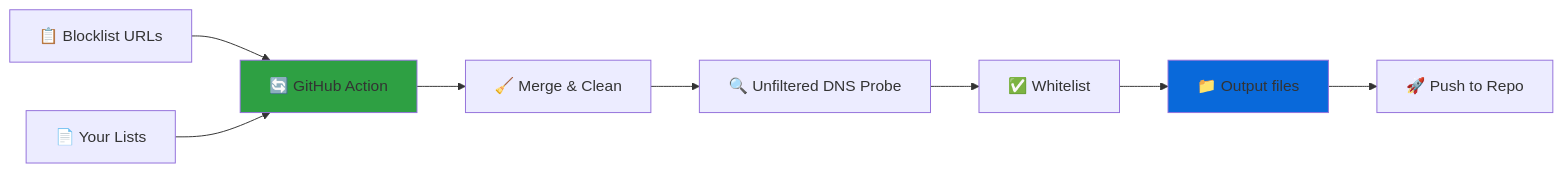
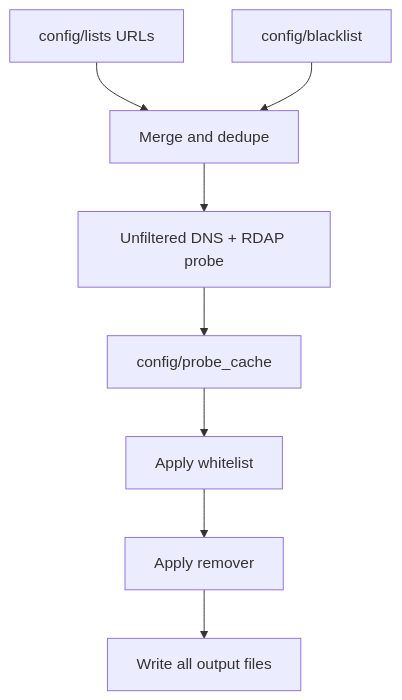
The diagram in README.md (AlexRabbit/ADios), drawn with Mermaid before and after one commit. The commit also changed other lines of this file and 13 other files, not shown here.

````diff
--- a/README.md
+++ b/README.md
@@ -44,12 +100,10 @@
 ```mermaid
-flowchart LR
-    A[📋 Blocklist URLs] --> B[🔄 GitHub Action]
-    C[📄 Your Lists] --> B
-    B --> D[🧹 Merge & Clean]
-    D --> P[🔍 Unfiltered DNS Probe]
-    P --> E[✅ Whitelist]
-    E --> F[📁 Output files]
-    F --> G[🚀 Push to Repo]
-    style B fill:#2ea043
-    style F fill:#0969da
+flowchart TD
+    A[config/lists URLs] --> B[Merge and dedupe]
+    C[config/blacklist] --> B
+    B --> D[Unfiltered DNS + RDAP probe]
+    D --> E[config/probe_cache]
+    E --> F[Apply whitelist]
+    F --> G[Apply remover]
+    G --> H[Write all output files]
 ```
````
